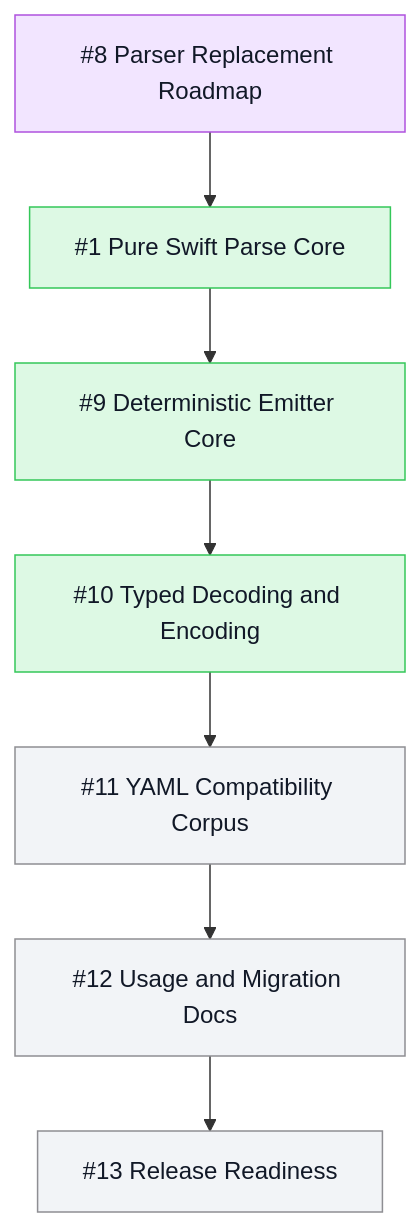
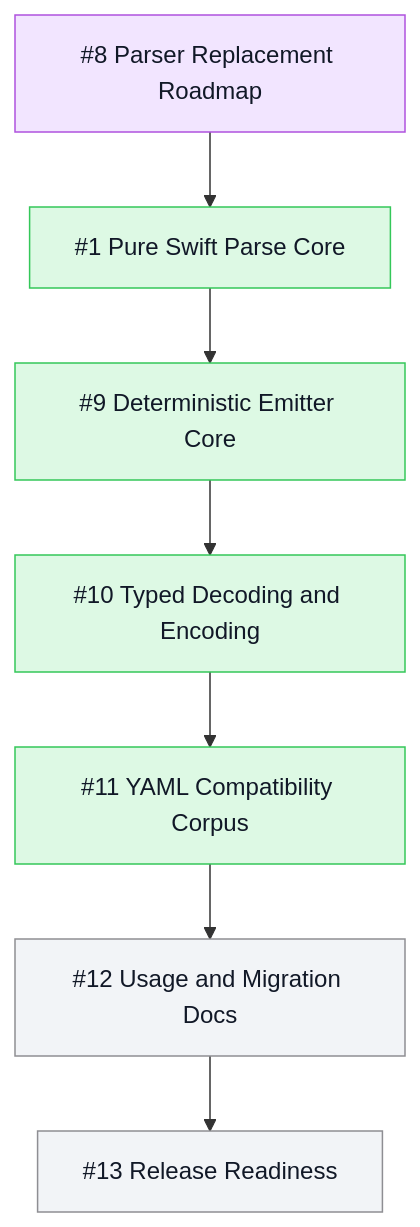
The second of 2 diagrams in README.md (mihaelamj/PureYAML), drawn with Mermaid before and after one commit. The commit also changed other lines of this file and 1 other file, not shown here.

````diff
--- a/README.md
+++ b/README.md
@@ -41,20 +41,20 @@
 ```mermaid
 flowchart TB
   classDef done fill:#ddf9e4,stroke:#34c759,color:#111827
   classDef review fill:#fff7d6,stroke:#ffcc00,color:#111827
   classDef epic fill:#f2e5ff,stroke:#af52de,color:#111827
   classDef todo fill:#f2f4f7,stroke:#8e8e93,color:#111827
   SuperEpic8["#8 Parser Replacement Roadmap"]:::epic
   Epic1["#1 Pure Swift Parse Core"]:::done
   Epic9["#9 Deterministic Emitter Core"]:::done
   Epic10["#10 Typed Decoding and Encoding"]:::done
-  Epic11["#11 YAML Compatibility Corpus"]:::todo
+  Epic11["#11 YAML Compatibility Corpus"]:::done
   Epic12["#12 Usage and Migration Docs"]:::todo
   Epic13["#13 Release Readiness"]:::todo
   SuperEpic8 --> Epic1
   Epic1 --> Epic9
   Epic9 --> Epic10
   Epic10 --> Epic11
   Epic11 --> Epic12
   Epic12 --> Epic13
 ```
````
